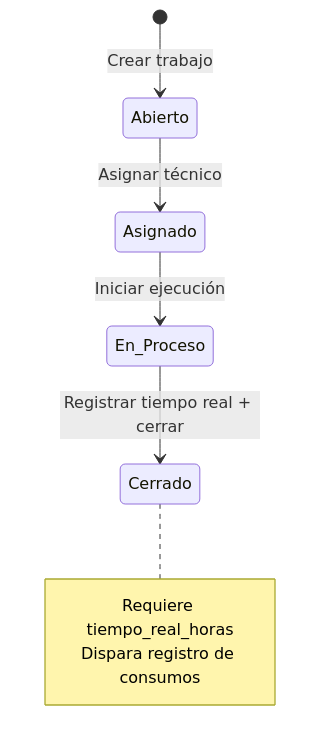
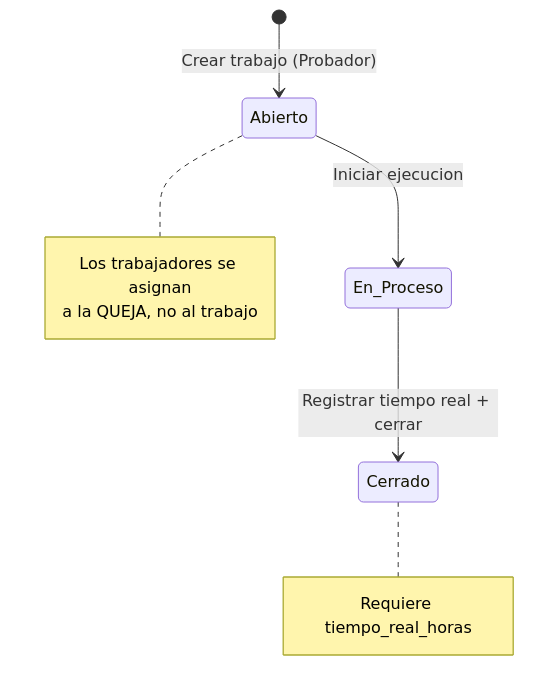
The second of 4 diagrams in docs/09_state_machines.es.md (ybotet/SISGAD5_1.0), drawn with Mermaid before and after one commit. The commit also changed other lines of this file and 1 other file, not shown here.

First line of the commit message:
docs(09): maquinas de estado v2.0 — estado Completada, roles Probador/Supervisor/Analista materiales

````diff
--- a/docs/09_state_machines.es.md
+++ b/docs/09_state_machines.es.md
@@ -118,12 +141,15 @@
 ```mermaid
 stateDiagram-v2
-    [*] --> Abierto: Crear trabajo
-    Abierto --> Asignado: Asignar técnico
-    Asignado --> En_Proceso: Iniciar ejecución
+    [*] --> Abierto: Crear trabajo (Probador)
+    Abierto --> En_Proceso: Iniciar ejecucion
     En_Proceso --> Cerrado: Registrar tiempo real + cerrar
-    
+
+    note right of Abierto
+        Los trabajadores se asignan
+        a la QUEJA, no al trabajo
+    end note
+
     note right of Cerrado
         Requiere tiempo_real_horas
-        Dispara registro de consumos
     end note
 ```
````
